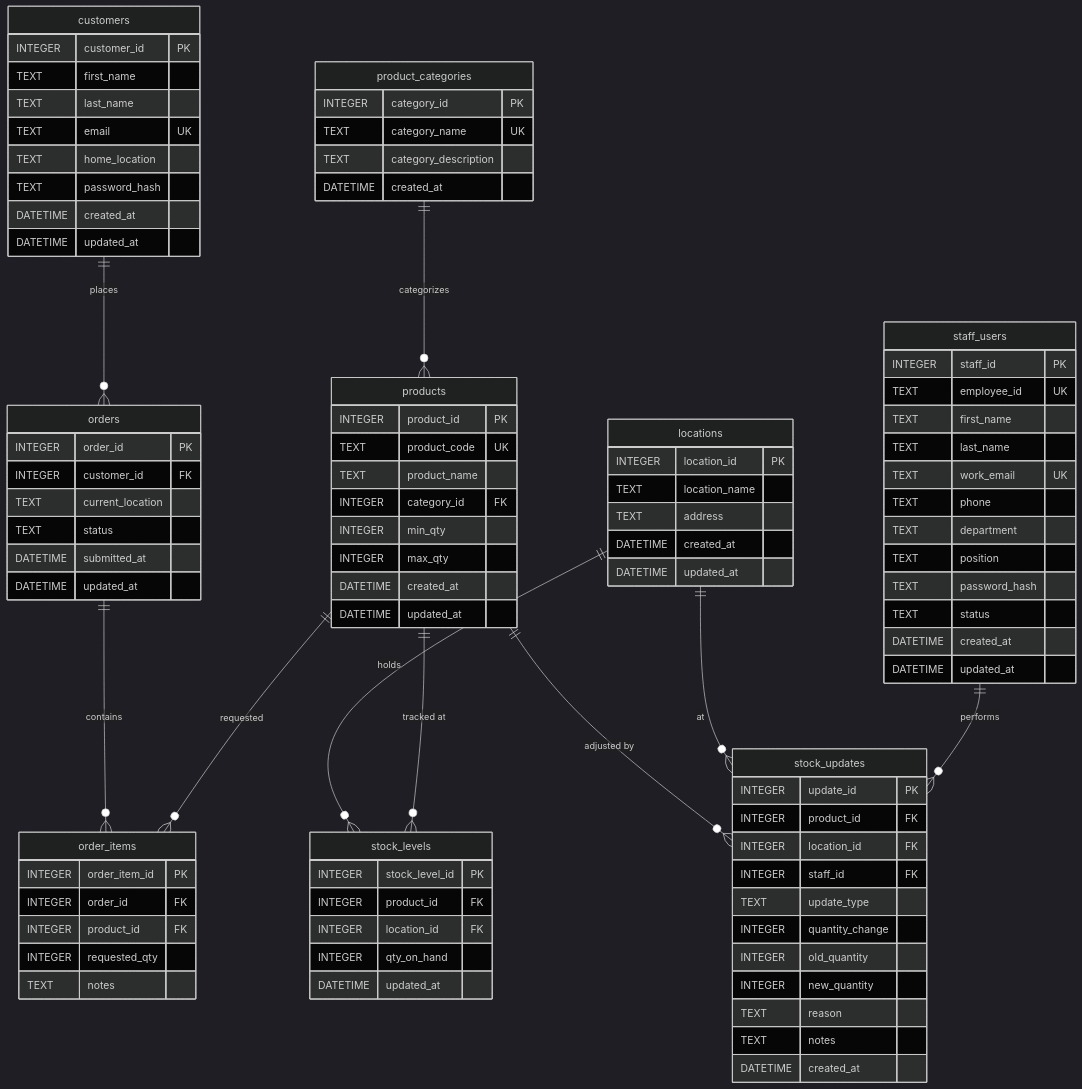
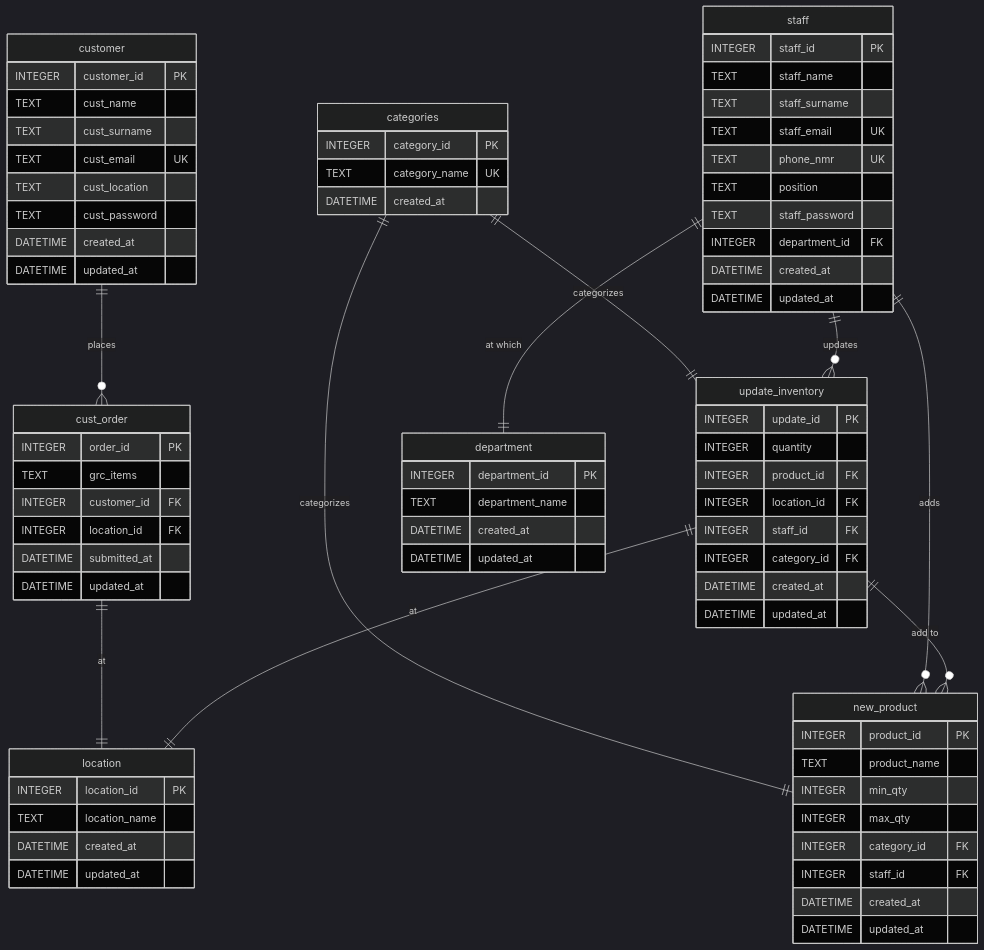
One commit to u21518727/BFB_Group_22_Final changed the diagram in README.md. Above: the diagram before and after it, drawn with Mermaid (dark theme).

Commit message:
Revise ER diagram in README for database schema
Updated entity names and relationships in the ER diagram for clarity and consistency.

````diff
--- a/README.md
+++ b/README.md
@@ -32,108 +32,95 @@
 ```mermaid
 
 erDiagram
-    customers {
+    customer {
         INTEGER customer_id PK
-        TEXT    first_name
-        TEXT    last_name
-        TEXT    email UK
-        TEXT    home_location       
-        TEXT    password_hash
+        TEXT    cust_name
+        TEXT    cust_surname
+        TEXT    cust_email UK
+        TEXT    cust_location       
+        TEXT    cust_password
         DATETIME created_at
         DATETIME updated_at
     }
 
-    staff_users {
+    staff {
         INTEGER staff_id PK
-        TEXT    employee_id UK
-        TEXT    first_name
-        TEXT    last_name
-        TEXT    work_email UK
-        TEXT    phone
-        TEXT    department
+        TEXT    staff_name
+        TEXT    staff_surname
+        TEXT    staff_email UK
+        TEXT    phone_nmr UK
         TEXT    position
-        TEXT    password_hash
-        TEXT    status              
+        TEXT    staff_password
+        INTEGER department_id FK
         DATETIME created_at
         DATETIME updated_at
     }
 
-    product_categories {
+    categories {
         INTEGER category_id PK
         TEXT    category_name UK
-        TEXT    category_description
         DATETIME created_at
     }
 
-    products {
-        INTEGER product_id PK
-        TEXT    product_code UK     
+    new_product {
+        INTEGER product_id PK     
         TEXT    product_name
-        INTEGER category_id FK
         INTEGER min_qty
         INTEGER max_qty
+        INTEGER category_id FK
+        INTEGER staff_id FK
         DATETIME created_at
         DATETIME updated_at
     }
 
-    locations {
+    location {
         INTEGER location_id PK
         TEXT    location_name       
-        TEXT    address
         DATETIME created_at
         DATETIME updated_at
     }
 
-    stock_levels {
-        INTEGER stock_level_id PK
+    update_inventory {
+        INTEGER update_id PK         
+        INTEGER quantity
         INTEGER product_id FK
         INTEGER location_id FK
-        INTEGER qty_on_hand
+        INTEGER staff_id FK
+        INTEGER category_id FK
+        DATETIME created_at
         DATETIME updated_at
     }
 
-    stock_updates {
-        INTEGER update_id PK
-        INTEGER product_id FK
-        INTEGER location_id FK
-        INTEGER staff_id FK          
-        TEXT    update_type          
-        INTEGER quantity_change
-        INTEGER old_quantity
-        INTEGER new_quantity
-        TEXT    reason               
-        TEXT    notes
-        DATETIME created_at
-    }
-
-    orders {
+    cust_order {
         INTEGER order_id PK
+        TEXT   grc_items
         INTEGER customer_id FK
-        TEXT    current_location    
-        TEXT    status              
+        INTEGER location_id FK    
         DATETIME submitted_at
         DATETIME updated_at
     }
 
-    order_items {
-        INTEGER order_item_id PK
-        INTEGER order_id FK
-        INTEGER product_id FK
-        INTEGER requested_qty
-        TEXT    notes                
+    department {
+        INTEGER department_id PK
+        TEXT    department_name
+        DATETIME created_at
+        DATETIME updated_at
     }
 
-    customers ||--o{ orders : "places"
-    orders ||--o{ order_items : "contains"
-    products ||--o{ order_items : "requested"
+    customer ||--o{ cust_order : "places"
+    cust_order ||--|| location : "at"
+    
+    update_inventory ||--|| location : "at"
 
-    product_categories ||--o{ products : "categorizes"
+    categories ||--|| update_inventory : "categorizes"
+    categories ||--|| new_product : "categorizes"
 
-    locations ||--o{ stock_levels : "holds"
-    products  ||--o{ stock_levels : "tracked at"
+    staff ||--|| department : "at which"
+    staff  ||--o{ new_product : "adds"
+    staff ||--o{ update_inventory : "updates"
+    
+    update_inventory ||--o{ new_product : "add to"
 
-    products  ||--o{ stock_updates : "adjusted by"
-    locations ||--o{ stock_updates : "at"
-    staff_users ||--o{ stock_updates : "performs"
+
 
 ```
````
